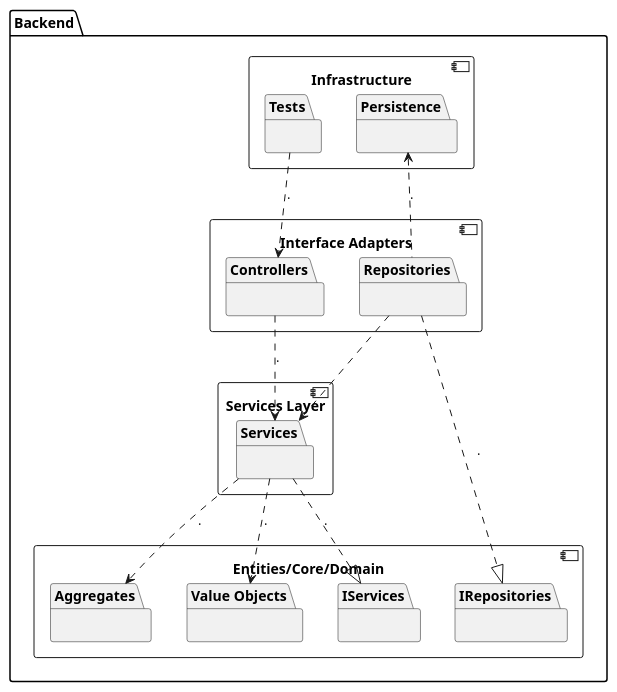
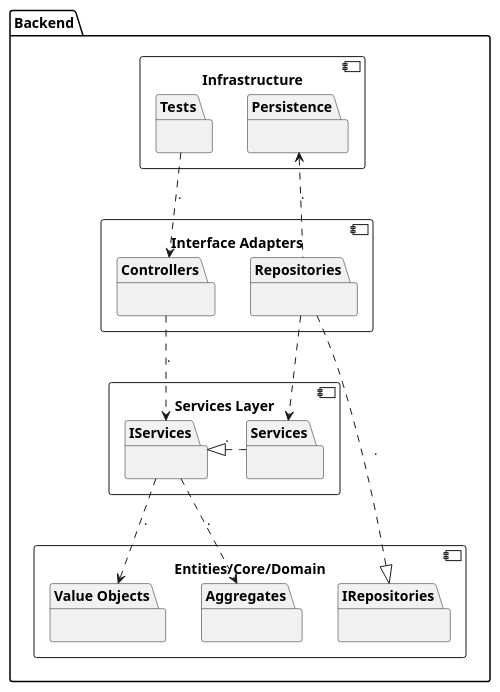
One commit to olivDiogo/SmartHome changed the diagram in docs/ooa/C4_4plus1_models_v2/Level3/ImplementationView/ImplementationViewLevel3.puml. Above: the diagram before and after it, drawn with PlantUML. The commit also changed 2 other files, not shown here.

```diff
--- a/docs/ooa/C4_4plus1_models_v2/Level3/ImplementationView/ImplementationViewLevel3.puml
+++ b/docs/ooa/C4_4plus1_models_v2/Level3/ImplementationView/ImplementationViewLevel3.puml
@@ -1,48 +1,48 @@
 @startuml
 
 package "Backend" {
 
     Component Infrastructure {
         package Tests {
         }
         package Persistence {
         }
     }
 
     Component "Interface Adapters" {
         package Controllers {
         }
         package Repositories {
         }
     }
 
     Component "Services Layer" {
         package "Services" {
         }
+        package "IServices" {
+        }
 
     }
 
     Component "Entities/Core/Domain" {
         package Aggregates {
         }
         package "Value Objects" {
-        }
-        package "IServices" {
         }
         package "IRepositories"{
                 }
 
     }
 
     ' Dependencies
     Infrastructure.Tests ..> "Interface Adapters.Controllers" : .
     Infrastructure.Persistence <.. "Interface Adapters.Repositories" : .
-    "Interface Adapters.Controllers" ..> "Services" : .
-    "Services" ..> Aggregates : .
-    "Services" ..> "Value Objects" : .
+    "Interface Adapters.Controllers" ..> "IServices" : .
+    "IServices" ..> Aggregates : .
+    "IServices" ..> "Value Objects" : .
     "Interface Adapters.Repositories" ..> Services
     "Repositories" ..|> "IRepositories" : .
-    "Services" ..|> "IServices" : .
+    "Services" ..right|> "IServices" : .
 }
 
 @enduml
```
